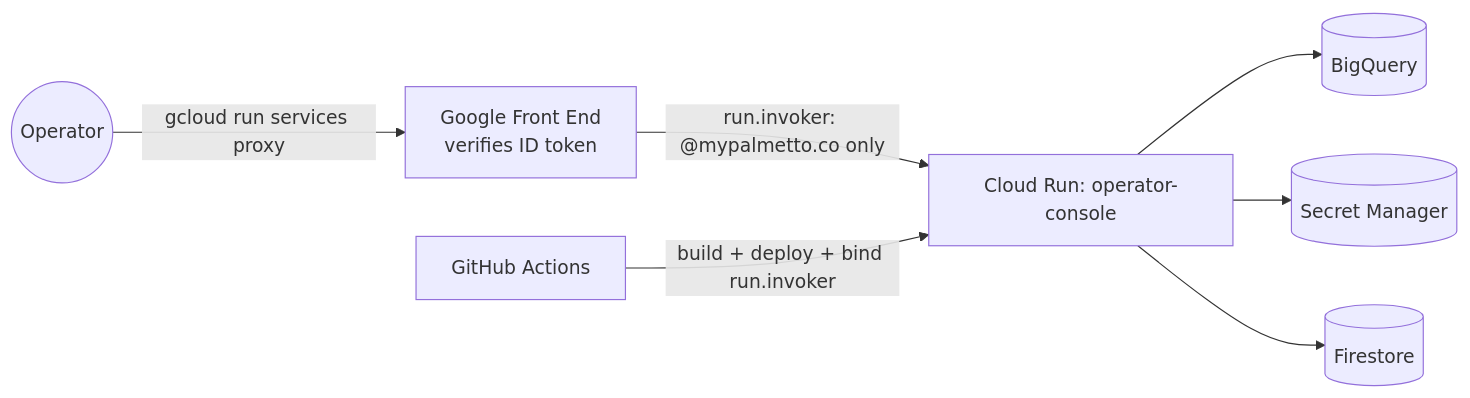
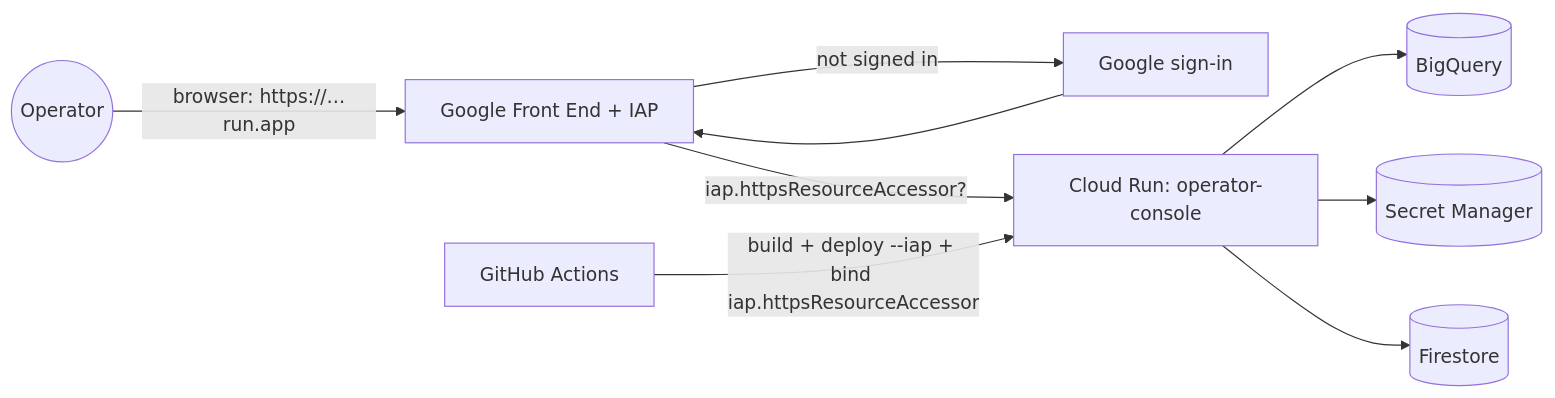
One commit to aditya2kx/jarvis changed the fifth of 5 diagrams in docs/operator-console/ARCHITECTURE.md. Above: the diagram before and after it, drawn with Mermaid. The commit also changed other lines of this file and 9 other files, not shown here.

First line of the commit message:
operator-console: Cloud Run direct IAP browser sign-in (replaces proxy access)

````diff
--- a/docs/operator-console/ARCHITECTURE.md
+++ b/docs/operator-console/ARCHITECTURE.md
@@ -251,9 +251,11 @@
 ```mermaid
 flowchart LR
-  Op((Operator)) -->|gcloud run services proxy| GFE[Google Front End\nverifies ID token]
-  GFE -->|run.invoker: @mypalmetto.co only| CR[Cloud Run: operator-console]
+  Op((Operator)) -->|browser: https://…run.app| GFE[Google Front End + IAP]
+  GFE -->|"not signed in"| Consent[Google sign-in]
+  Consent --> GFE
+  GFE -->|iap.httpsResourceAccessor?| CR[Cloud Run: operator-console]
   CR --> BQ[(BigQuery)]
   CR --> SM[(Secret Manager)]
   CR --> FS[(Firestore)]
-  GH[GitHub Actions] -->|build + deploy + bind run.invoker| CR
+  GH[GitHub Actions] -->|build + deploy --iap + bind iap.httpsResourceAccessor| CR
 ```
````
